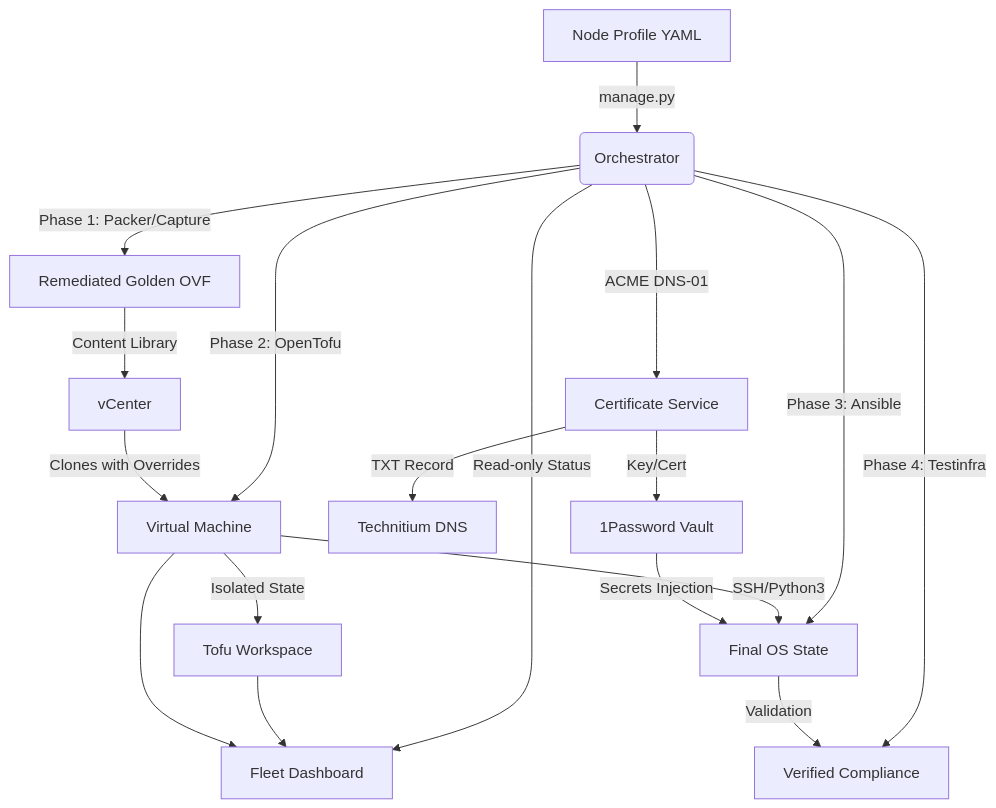
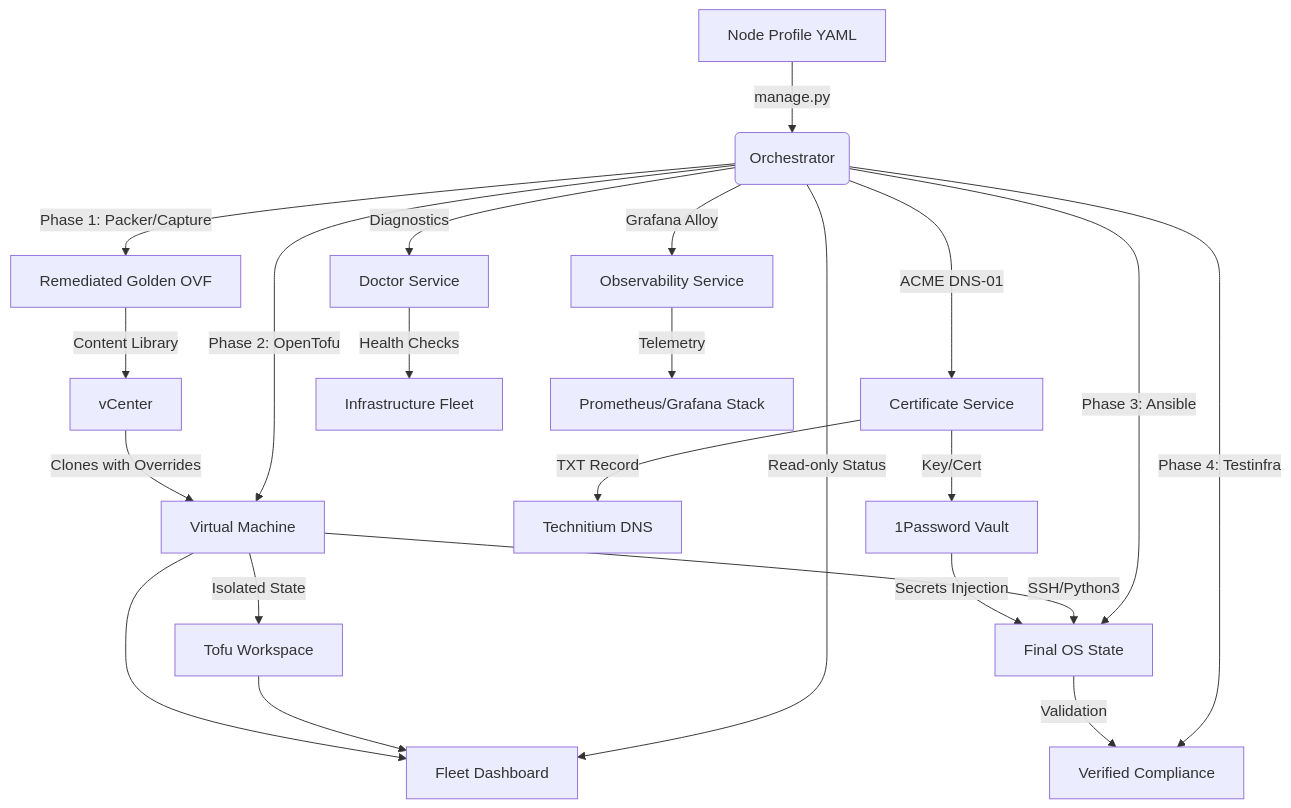
The diagram in docs/DESIGN.md (echoares-lab/homelab-gitops), drawn with Mermaid before and after one commit. The commit also changed 1 other file, not shown here.

Commit message:
docs: document Observability Service and Doctor command

````diff
--- a/docs/DESIGN.md
+++ b/docs/DESIGN.md
@@ -9,20 +9,24 @@
 ```mermaid
 graph TD
     A[Node Profile YAML] -->|manage.py| B(Orchestrator)
     B -->|Phase 1: Packer/Capture| C[Remediated Golden OVF]
     C -->|Content Library| D[vCenter]
     B -->|Phase 2: OpenTofu| E[Virtual Machine]
     D -->|Clones with Overrides| E
     E -->|Isolated State| Workspace[Tofu Workspace]
     B -->|Phase 3: Ansible| F[Final OS State]
     E -->|SSH/Python3| F
     B -->|Phase 4: Testinfra| G[Verified Compliance]
     F -->|Validation| G
     B -->|Read-only Status| H[Fleet Dashboard]
     Workspace --> H
     E --> H
     B -->|ACME DNS-01| I[Certificate Service]
     I -->|TXT Record| J[Technitium DNS]
     I -->|Key/Cert| K[1Password Vault]
     K -->|Secrets Injection| F
+    B -->|Diagnostics| L[Doctor Service]
+    L -->|Health Checks| M[Infrastructure Fleet]
+    B -->|Grafana Alloy| N[Observability Service]
+    N -->|Telemetry| O[Prometheus/Grafana Stack]
 ```
````
